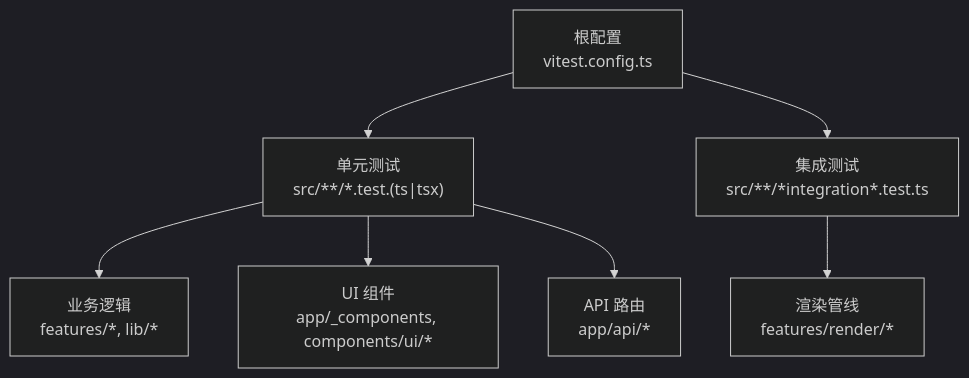
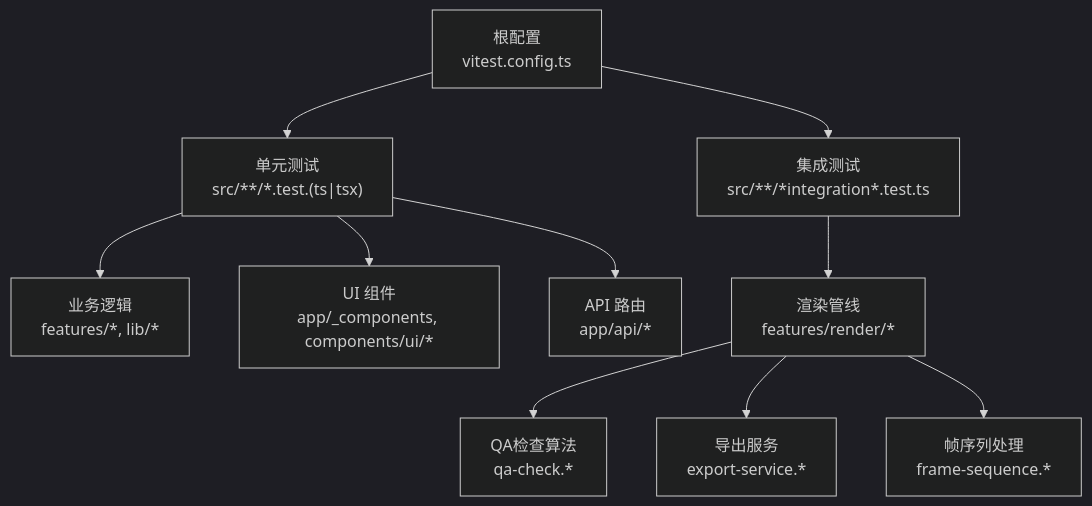
The first of 3 diagrams in .qoder/repowiki/zh/content/开发指南/测试策略/测试策略.md (AIMFllyYS/code-video-canvas), drawn with Mermaid (dark theme) before and after one commit. The commit also changed other lines of this file and 7 other files, not shown here.

````diff
--- a/.qoder/repowiki/zh/content/开发指南/测试策略/测试策略.md
+++ b/.qoder/repowiki/zh/content/开发指南/测试策略/测试策略.md
@@ -73,9 +84,12 @@
 ```mermaid
 graph TB
 A["根配置<br/>vitest.config.ts"] --> B["单元测试<br/>src/**/*.test.(ts|tsx)"]
 A --> C["集成测试<br/>src/**/*integration*.test.ts"]
 B --> D["业务逻辑<br/>features/*, lib/*"]
 B --> E["UI 组件<br/>app/_components, components/ui/*"]
 B --> F["API 路由<br/>app/api/*"]
 C --> G["渲染管线<br/>features/render/*"]
+G --> H["QA检查算法<br/>qa-check.*"]
+G --> I["导出服务<br/>export-service.*"]
+G --> J["帧序列处理<br/>frame-sequence.*"]
 ```
````
